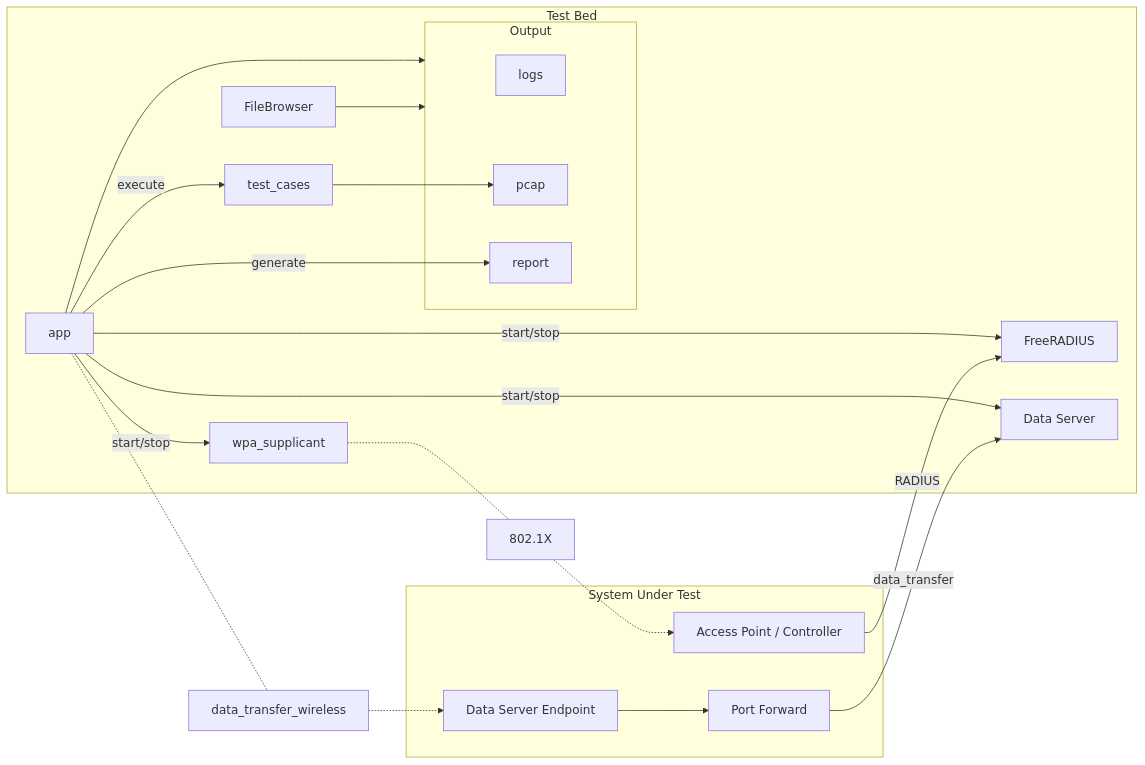
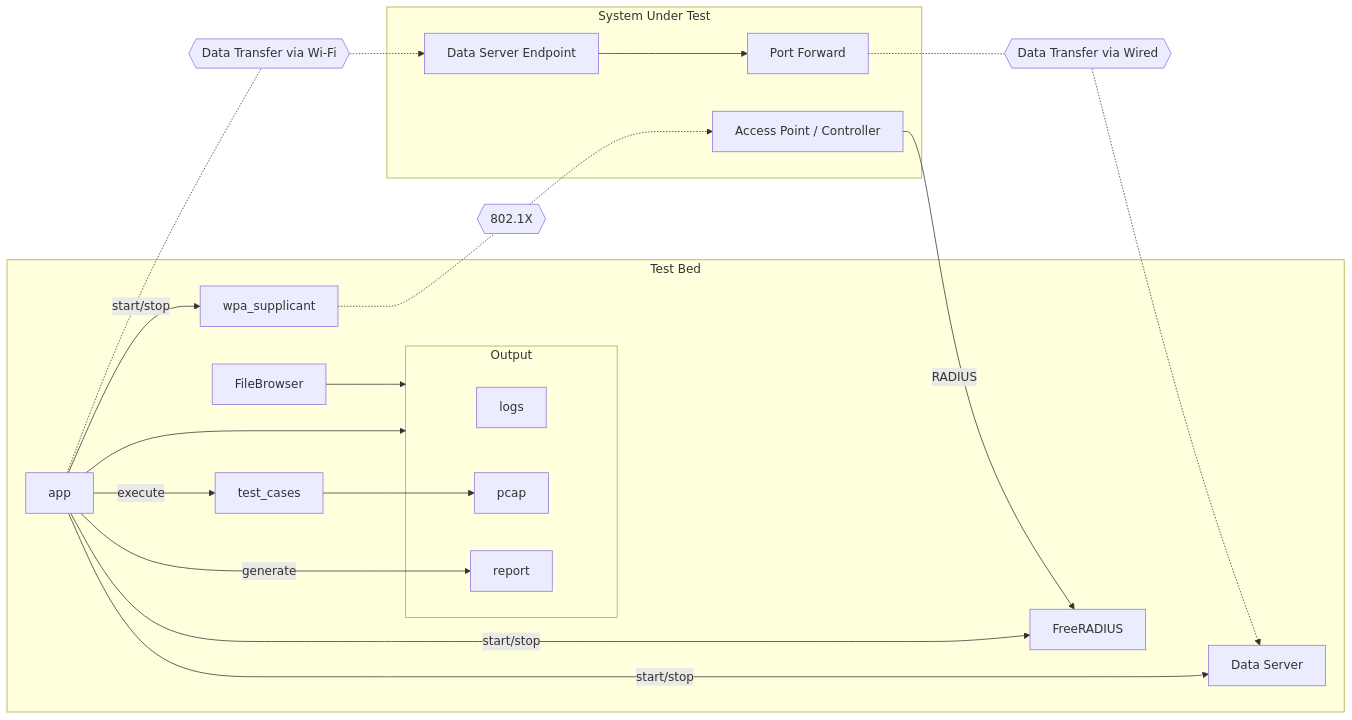
The second of 2 diagrams in README.md (wireless-broadband-alliance/radius-accounting-testbed), drawn with Mermaid before and after one commit.

````diff
--- a/README.md
+++ b/README.md
@@ -147,29 +147,29 @@
 ```mermaid
 flowchart LR
     subgraph output [Output]
         logs
         pcap
         report
     end
     subgraph testbed [Test Bed]
         app[app]--start/stop-->wpa_supplicant
         app-->output
         app--start/stop-->FreeRADIUS
         app--start/stop-->DataServer[Data Server]
         app--execute-->test_cases
         app--generate-->report
         test_cases-->pcap
         filebrowser[FileBrowser] --> output
     end
     subgraph sut [System Under Test]
     ap[Access Point / Controller]
     dse[Data Server Endpoint]
     dsepf[Port Forward]
     dse --> dsepf
     end
-    wpa_supplicant-.-802.1X-.->ap
-    app-.-data_transfer_wireless-.->dse
-    dsepf--data_transfer-->DataServer
+    wpa_supplicant-.-dot1x{{802.1X}}-.->ap
+    app-.-dtw{{Data Transfer via Wi-Fi}}-.->dse
+    dsepf-.-dt{{Data Transfer via Wired}}-.->DataServer
     ap--RADIUS-->FreeRADIUS
 
 ```
````
